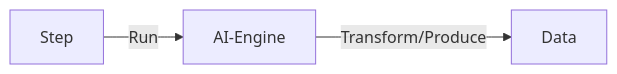
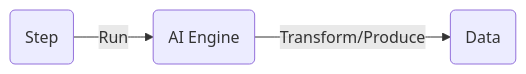
One commit to anismegdiche/metal-server changed the seventh of 7 diagrams in docs/documentation/about.md. Above: the diagram before and after it, drawn with Mermaid. The commit also changed other lines of this file and 125 other files, not shown here.

````diff
--- a/docs/documentation/about.md
+++ b/docs/documentation/about.md
@@ -125,4 +125,4 @@
 ```mermaid
 graph LR
-Step -- Run --> AI-Engine -- Transform/Produce --> Data
+    Step(Step) -- Run --> AI-Engine(AI Engine) -- Transform/Produce --> Data(Data)
 ```
````
